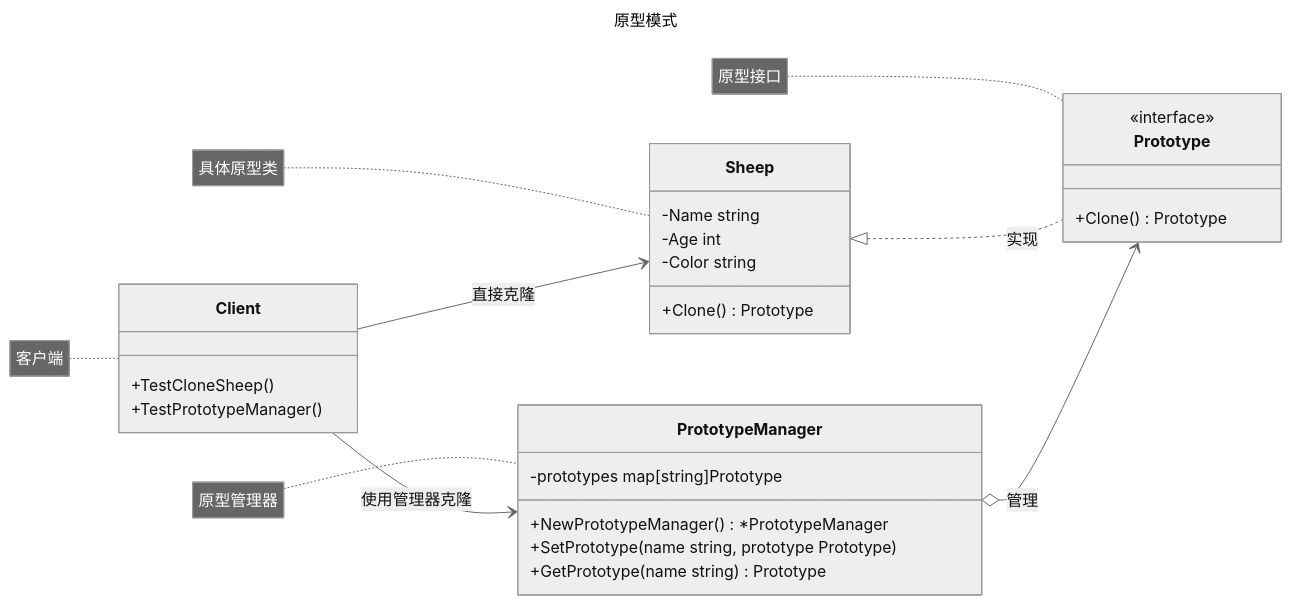
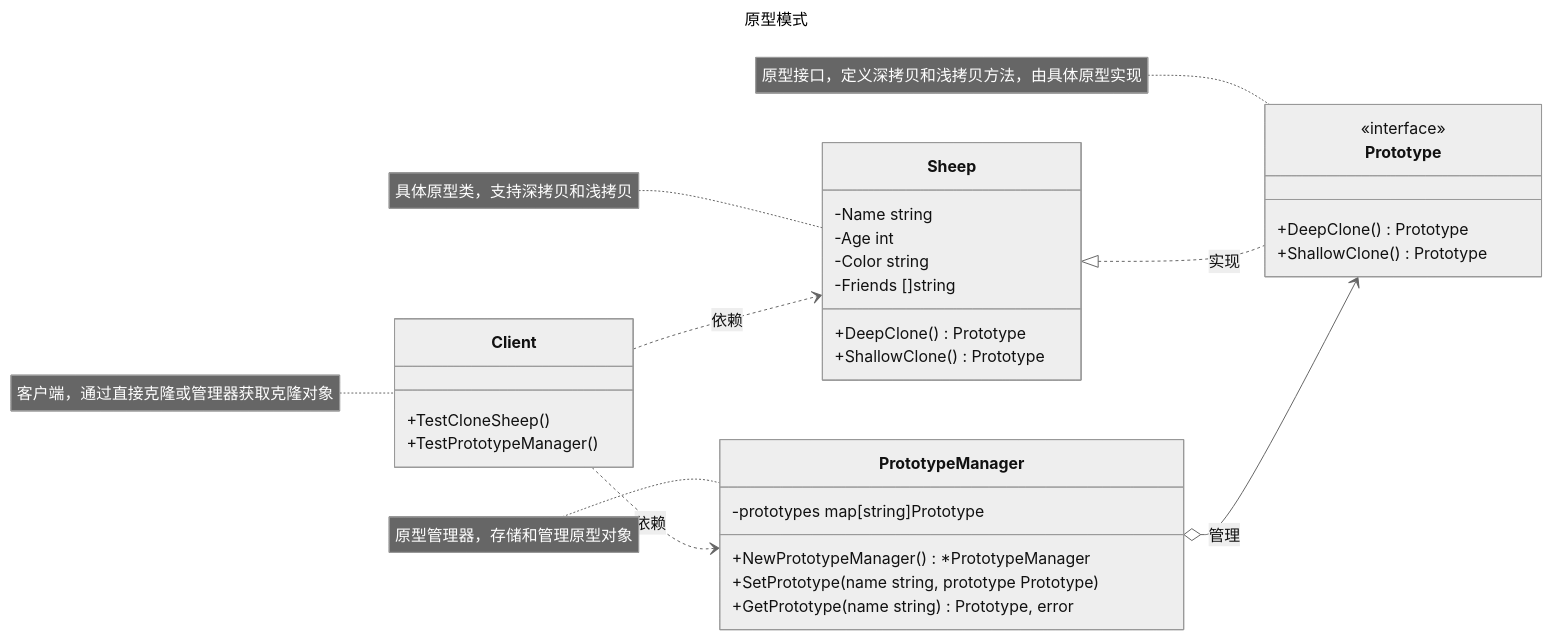
The diagram in docs/zh/后端/01-Golang/03-Golang设计模式/06-原型模式.md (magicgopher/magicgopher-blog), drawn with Mermaid (neutral theme) before and after one commit. The commit also changed other lines of this file and 15 other files, not shown here.

````diff
--- a/docs/zh/后端/01-Golang/03-Golang设计模式/06-原型模式.md
+++ b/docs/zh/后端/01-Golang/03-Golang设计模式/06-原型模式.md
@@ -31,44 +31,47 @@
 ```mermaid
 ---
 title: 原型模式
 ---
 classDiagram
     direction LR
     %% 定义原型接口
     class Prototype {
         <<interface>>
-        +Clone() Prototype
+        +DeepClone() Prototype
+        +ShallowClone() Prototype
     }
-    note for Prototype "原型接口"
+    note for Prototype "原型接口，定义深拷贝和浅拷贝方法，由具体原型实现"
 
     %% 定义具体原型类
     class Sheep {
         -Name string
         -Age int
         -Color string
-        +Clone() Prototype
+        -Friends []string
+        +DeepClone() Prototype
+        +ShallowClone() Prototype
     }
-    note for Sheep "具体原型类"
+    note for Sheep "具体原型类，支持深拷贝和浅拷贝"
 
     %% 定义原型管理器
     class PrototypeManager {
         -prototypes map[string]Prototype
         +NewPrototypeManager() *PrototypeManager
         +SetPrototype(name string, prototype Prototype)
-        +GetPrototype(name string) Prototype
+        +GetPrototype(name string) Prototype, error
     }
-    note for PrototypeManager "原型管理器"
+    note for PrototypeManager "原型管理器，存储和管理原型对象"
 
     %% 定义客户端（以测试类表示）
     class Client {
         +TestCloneSheep()
         +TestPrototypeManager()
     }
-    note for Client "客户端"
+    note for Client "客户端，通过直接克隆或管理器获取克隆对象"
 
     %% 定义关系
     Sheep <|.. Prototype : 实现
     PrototypeManager o--> Prototype : 管理
-    Client --> Sheep : 直接克隆
-    Client --> PrototypeManager : 使用管理器克隆
+    Client ..> Sheep : 依赖
+    Client ..> PrototypeManager : 依赖
 ```
````
